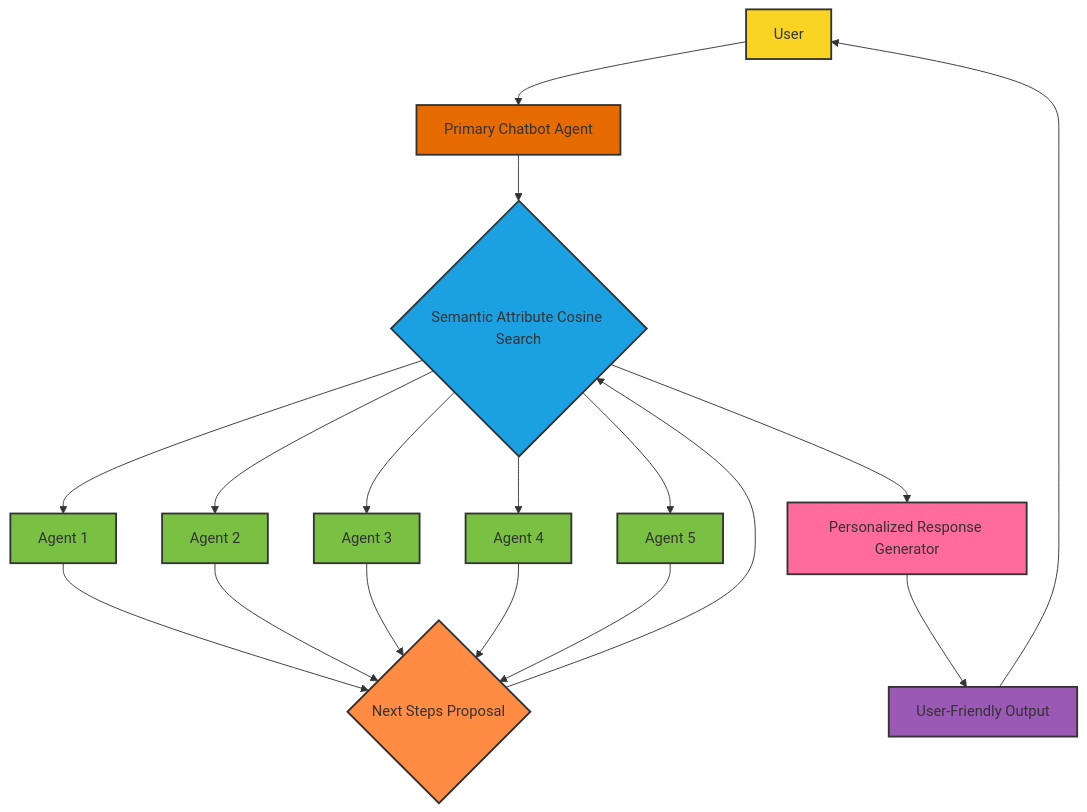
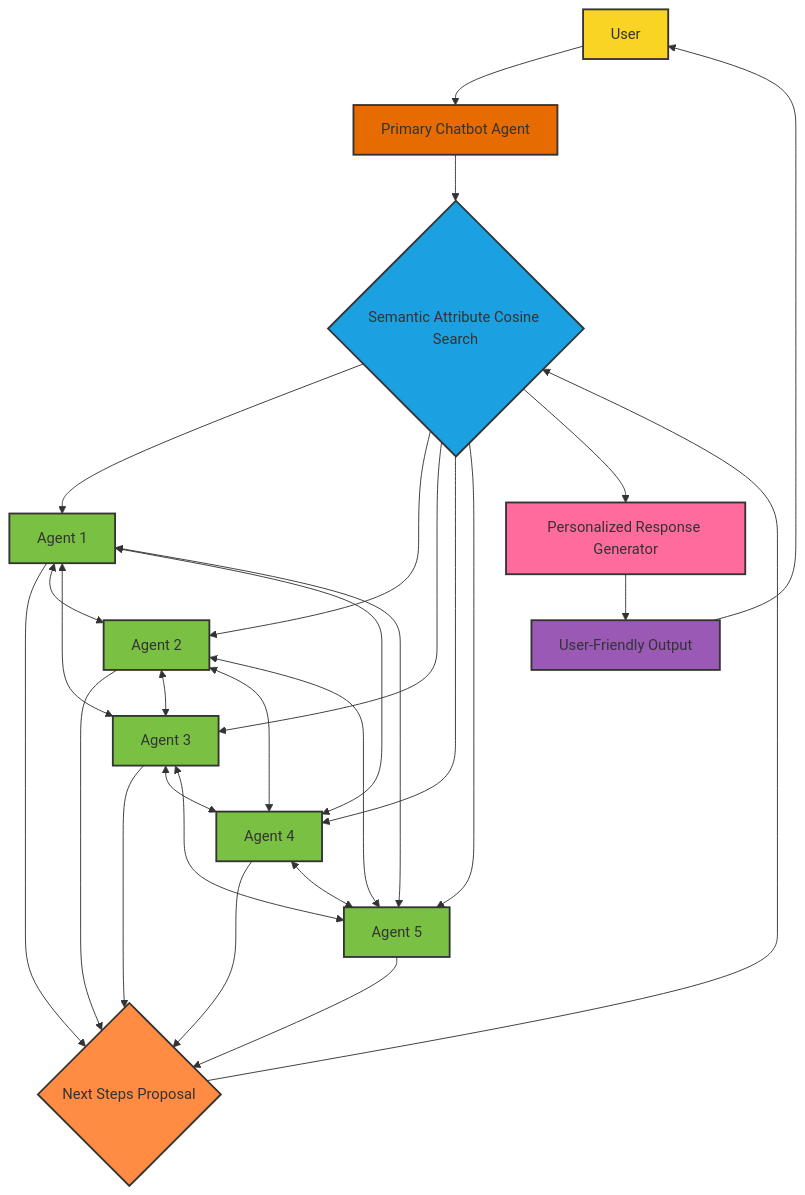
Before and after one commit to EveryOneIsGross/scratchTHOUGHTS: the second of 5 diagrams in README.md, drawn with Mermaid.

````diff
--- a/README.md
+++ b/README.md
@@ -52,39 +52,50 @@
 ```mermaid
 graph TD
 A[User] --> B[Primary Chatbot Agent]
 B --> C{Semantic Attribute Cosine Search}
 
 C --> D[Agent 1]
 C --> E[Agent 2]
 C --> F[Agent 3]
 C --> G[Agent 4]
 C --> H[Agent 5]
 
 D --> I{Next Steps Proposal}
 E --> I
 F --> I
 G --> I
 H --> I
 
 I --> C
+
+D <--> E
+D <--> F
+D <--> G
+D <--> H
+E <--> F
+E <--> G
+E <--> H
+F <--> G
+F <--> H
+G <--> H
 
 C --> J[Personalized Response Generator]
 J --> K[User-Friendly Output]
 K --> A
 
 classDef user fill:#f9d423,stroke:#333,stroke-width:2px;
 classDef primary fill:#e66b00,stroke:#333,stroke-width:2px;
 classDef search fill:#1ba0e2,stroke:#333,stroke-width:2px;
 classDef agent fill:#7ac143,stroke:#333,stroke-width:2px;
 classDef proposal fill:#ff8c42,stroke:#333,stroke-width:2px;
 classDef generator fill:#ff6b9d,stroke:#333,stroke-width:2px;
 classDef output fill:#9b59b6,stroke:#333,stroke-width:2px;
 
 class A user
 class B primary
 class C search
 class D,E,F,G,H agent
 class I proposal
 class J generator
 class K output
 ```
````
